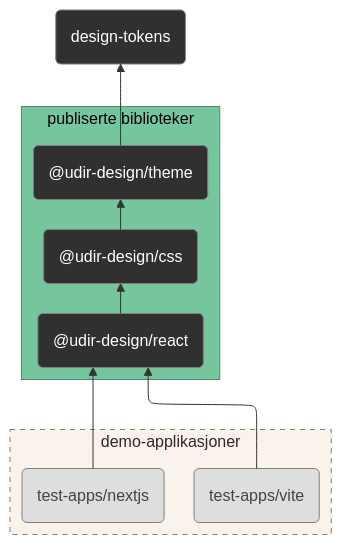
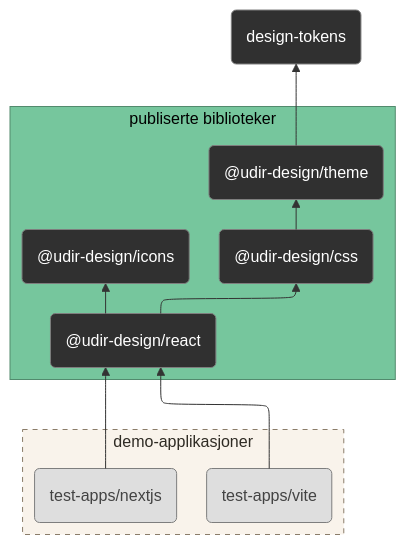
The diagram in README.md (Utdanningsdirektoratet/designsystem), drawn with Mermaid before and after one commit. The commit also changed other lines of this file and 10 other files, not shown here.

````diff
--- a/README.md
+++ b/README.md
@@ -208,27 +209,29 @@
 ```mermaid
 flowchart-elk BT
   %% nodes
   tokens(design-tokens)
   subgraph public [publiserte biblioteker]
     theme("@udir-design/theme")
     css("@udir-design/css")
+    icons("@udir-design/icons")
     react("@udir-design/react")
   end
   subgraph apps [demo-applikasjoner]
     vite(test-apps/vite):::app
     nextjs(test-apps/nextjs):::app
   end
 
   %% dependencies
   theme --> tokens
   css --> theme
   react --> css
+  react --> icons
   vite --> react
   nextjs --> react
 
   %% styling
   classDef default fill:#303030,stroke:#7e7e7e,color:#fff
   classDef app fill:#dedede,color:#434343
   style apps fill:#f9f3eb,color:#2f2b24,stroke:#8a7c69,stroke-dasharray: 5 5
   style public fill:#76c69d,color:#000,stroke:#528a6d
 ```
````
